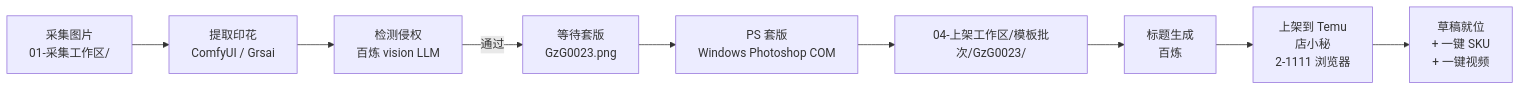
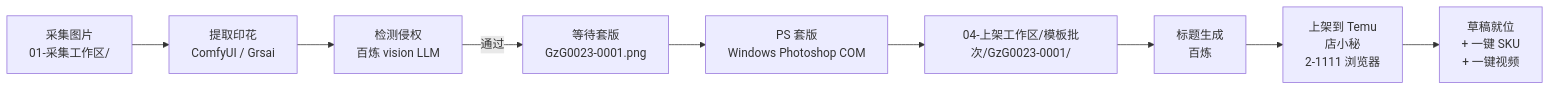
The third of 4 diagrams in docs/PROJECT_TOUR.md (axgiroud312-byte/tengyu-aipod), drawn with Mermaid before and after one commit. The commit also changed other lines of this file and 13 other files, not shown here.

````diff
--- a/docs/PROJECT_TOUR.md
+++ b/docs/PROJECT_TOUR.md
@@ -251,11 +251,11 @@
 ```mermaid
 flowchart LR
     A[采集图片<br/>01-采集工作区/] --> B[提取印花<br/>ComfyUI / Grsai]
     B --> C[检测侵权<br/>百炼 vision LLM]
-    C -->|通过| D[等待套版<br/>GzG0023.png]
+    C -->|通过| D[等待套版<br/>GzG0023-0001.png]
     D --> E[PS 套版<br/>Windows Photoshop COM]
-    E --> F[04-上架工作区/模板批次/GzG0023/]
+    E --> F[04-上架工作区/模板批次/GzG0023-0001/]
     F --> G[标题生成<br/>百炼]
     G --> H[上架到 Temu<br/>店小秘<br/>2-1111 浏览器]
     H --> I[草稿就位<br/>+ 一键 SKU<br/>+ 一键视频]
 ```
````
